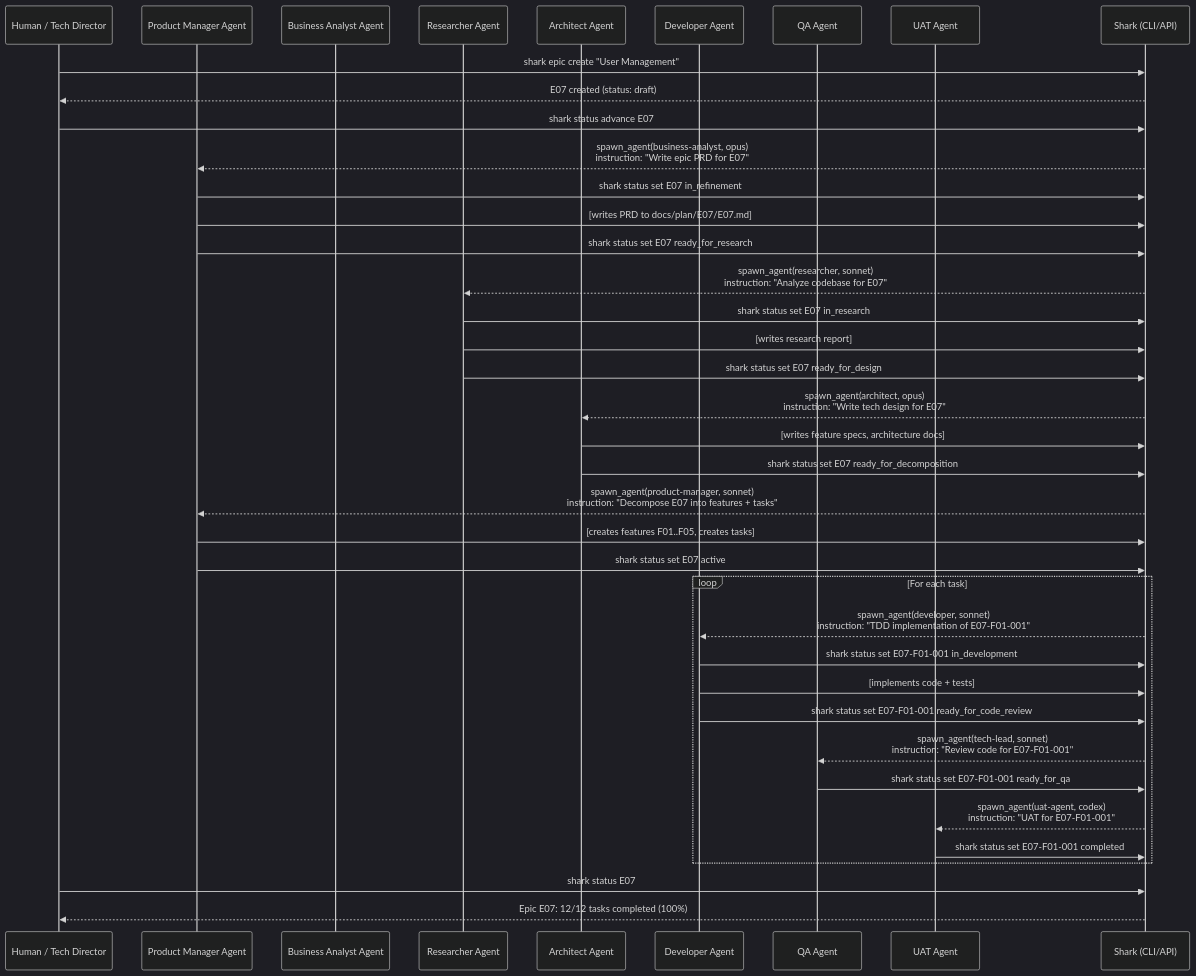
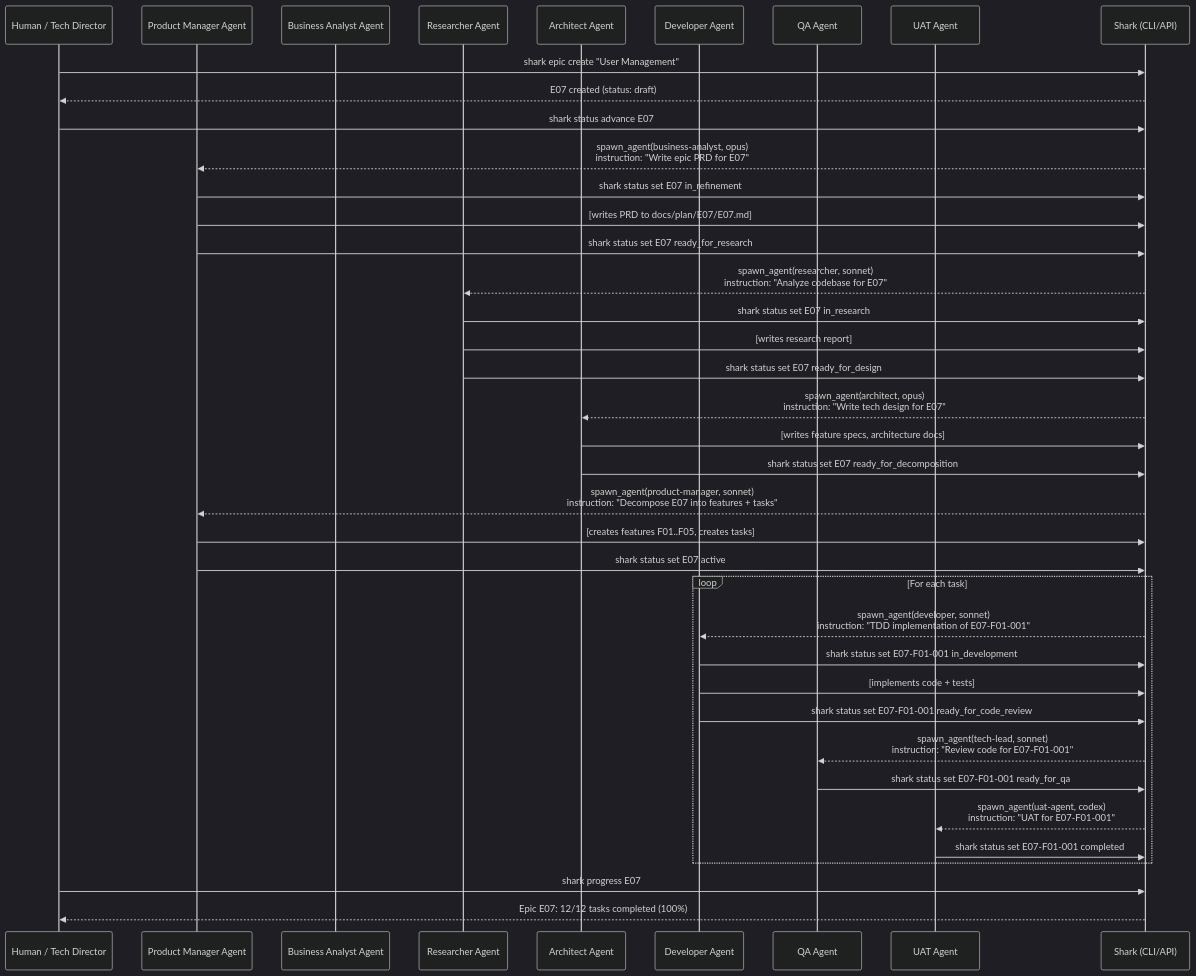
One commit to jwwelbor/shark-task-manager changed the tenth of 18 diagrams in docs/architectural-overview.md. Above: the diagram before and after it, drawn with Mermaid (dark theme). The commit also changed 63 other files, not shown here.

````diff
--- a/docs/architectural-overview.md
+++ b/docs/architectural-overview.md
@@ -393,48 +393,48 @@
 ```mermaid
 sequenceDiagram
     participant H as Human / Tech Director
     participant PM as Product Manager Agent
     participant BA as Business Analyst Agent
     participant RE as Researcher Agent
     participant AR as Architect Agent
     participant DEV as Developer Agent
     participant QA as QA Agent
     participant UAT as UAT Agent
     participant S as Shark (CLI/API)
 
     H->>S: shark epic create "User Management"
     S-->>H: E07 created (status: draft)
     H->>S: shark status advance E07
     S-->>PM: spawn_agent(business-analyst, opus)<br/>instruction: "Write epic PRD for E07"
 
     PM->>S: shark status set E07 in_refinement
     PM->>S: [writes PRD to docs/plan/E07/E07.md]
     PM->>S: shark status set E07 ready_for_research
     S-->>RE: spawn_agent(researcher, sonnet)<br/>instruction: "Analyze codebase for E07"
 
     RE->>S: shark status set E07 in_research
     RE->>S: [writes research report]
     RE->>S: shark status set E07 ready_for_design
     S-->>AR: spawn_agent(architect, opus)<br/>instruction: "Write tech design for E07"
 
     AR->>S: [writes feature specs, architecture docs]
     AR->>S: shark status set E07 ready_for_decomposition
     S-->>PM: spawn_agent(product-manager, sonnet)<br/>instruction: "Decompose E07 into features + tasks"
 
     PM->>S: [creates features F01..F05, creates tasks]
     PM->>S: shark status set E07 active
 
     loop For each task
         S-->>DEV: spawn_agent(developer, sonnet)<br/>instruction: "TDD implementation of E07-F01-001"
         DEV->>S: shark status set E07-F01-001 in_development
         DEV->>S: [implements code + tests]
         DEV->>S: shark status set E07-F01-001 ready_for_code_review
         S-->>QA: spawn_agent(tech-lead, sonnet)<br/>instruction: "Review code for E07-F01-001"
         QA->>S: shark status set E07-F01-001 ready_for_qa
         S-->>UAT: spawn_agent(uat-agent, codex)<br/>instruction: "UAT for E07-F01-001"
         UAT->>S: shark status set E07-F01-001 completed
     end
 
-    H->>S: shark status E07
+    H->>S: shark progress E07
     S-->>H: Epic E07: 12/12 tasks completed (100%)
 ```
````
